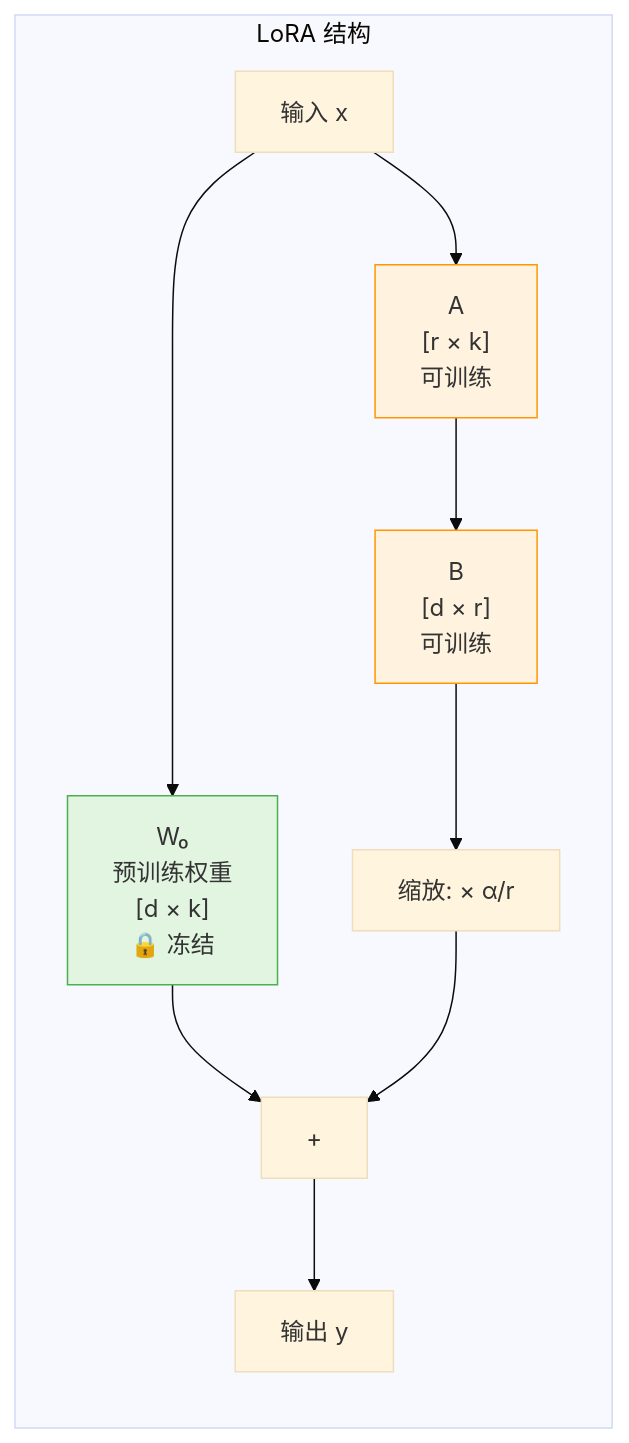
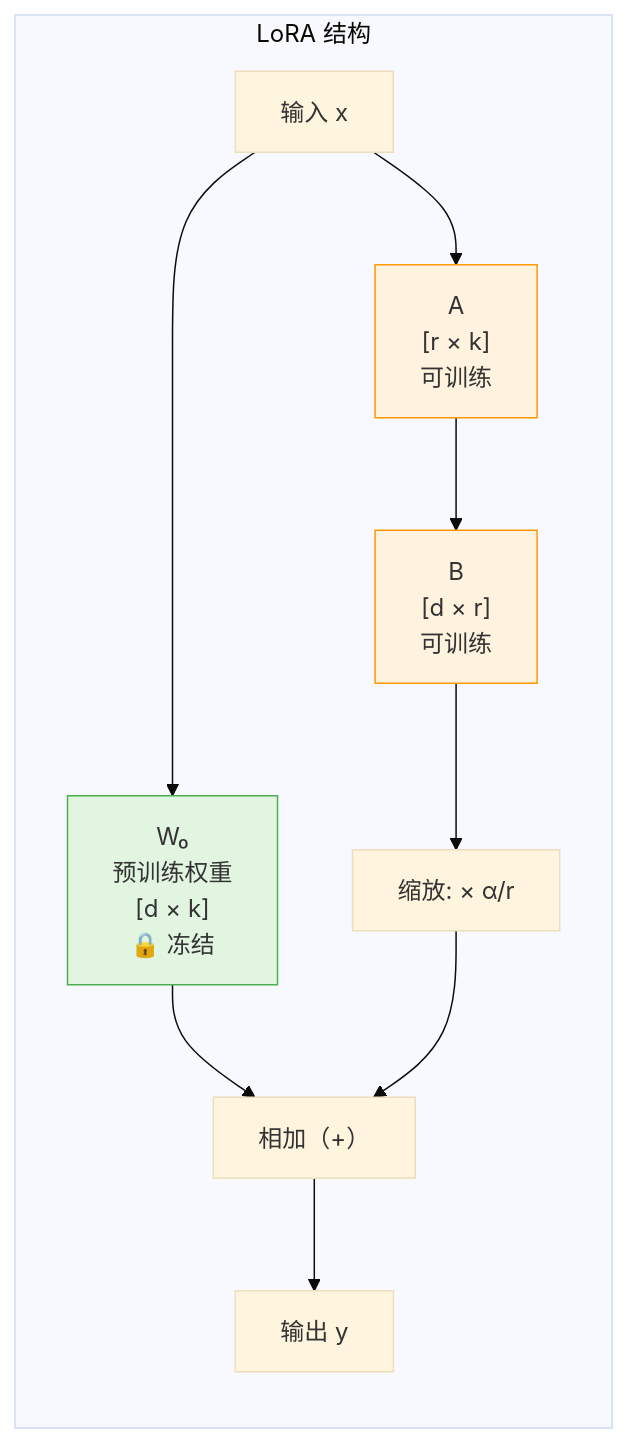
The third of 19 diagrams in 16_模型微调与推理优化.md (BeefWrap4/LLM-Knowledge-Base), drawn with Mermaid (base theme) before and after one commit. The commit also changed 12 other files, not shown here.

Commit message:
Fix Mermaid markdown label rendering

````diff
--- a/16_模型微调与推理优化.md
+++ b/16_模型微调与推理优化.md
@@ -105,16 +105,16 @@
 ```mermaid
 graph LR
     subgraph "LoRA 结构"
         X["输入 x"] --> W0["W₀<br/>预训练权重<br/>[d × k]<br/>🔒 冻结"]
         X --> A["A<br/>[r × k]<br/>可训练"]
         A --> B["B<br/>[d × r]<br/>可训练"]
         B --> S["缩放: × α/r"]
-        W0 --> Add["+"]
+        W0 --> Add["相加（+）"]
         S --> Add
         Add --> Y["输出 y"]
     end
     
     style W0 fill:#e1f5e1,stroke:#4caf50
     style A fill:#fff3e0,stroke:#ff9800
     style B fill:#fff3e0,stroke:#ff9800
 ```
````
